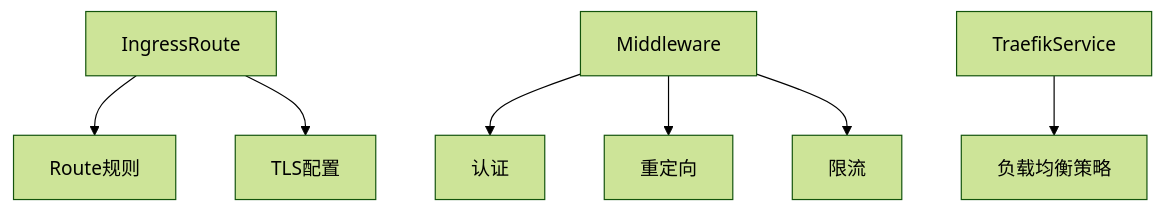
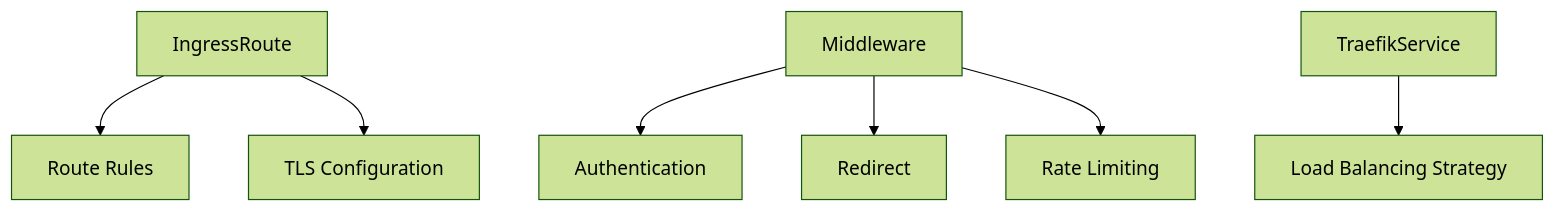
The diagram in files/k8s-traefik-crd.md (liweinan/deepseek-answers), drawn with Mermaid (forest theme) before and after one commit. The commit also changed other lines of this file and 135 other files, not shown here.

````diff
--- a/files/k8s-traefik-crd.md
+++ b/files/k8s-traefik-crd.md
@@ -26,9 +26,9 @@
 ```mermaid
 graph TD
-    A[IngressRoute] --> B[Route规则]
-    A --> C[TLS配置]
-    D[Middleware] --> E[认证]
-    D --> F[重定向]
-    D --> G[限流]
-    TraefikService --> H[负载均衡策略]
+    A[IngressRoute] --> B[Route Rules]
+    A --> C[TLS Configuration]
+    D[Middleware] --> E[Authentication]
+    D --> F[Redirect]
+    D --> G[Rate Limiting]
+    TraefikService --> H[Load Balancing Strategy]
 ```
````
